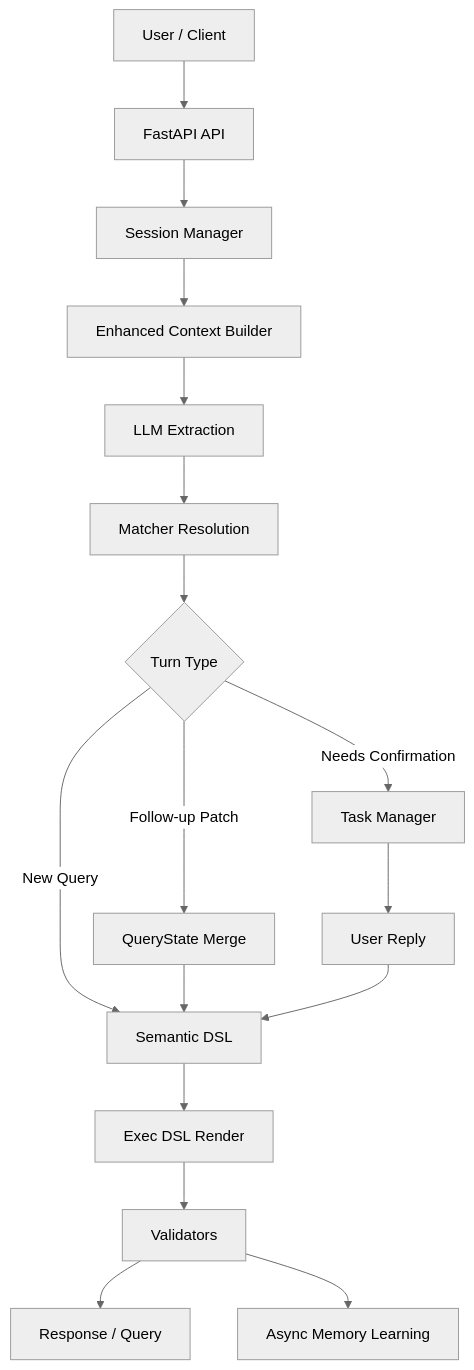
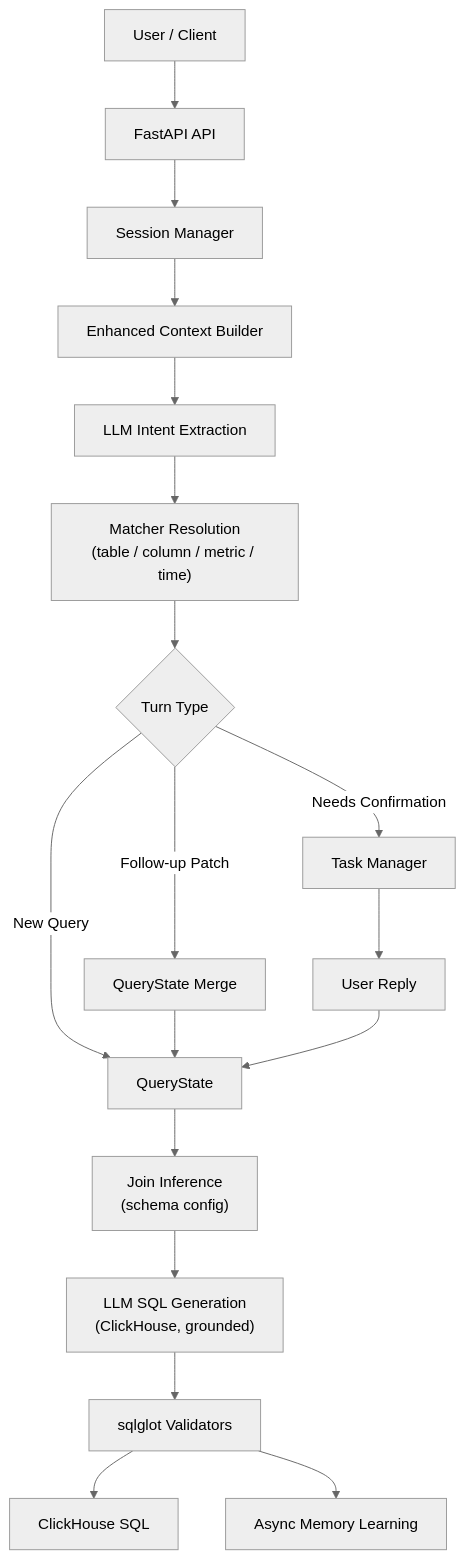
One commit to frankzh0330/query-agent changed the diagram in README.md. Above: the diagram before and after it, drawn with Mermaid (neutral theme). The commit also changed other lines of this file and 82 other files, not shown here.

````diff
--- a/README.md
+++ b/README.md
@@ -201,19 +184,20 @@
 ```mermaid
 flowchart TD
     User["User / Client"] --> API["FastAPI API"]
     API --> Session["Session Manager"]
     Session --> Context["Enhanced Context Builder"]
-    Context --> LLM["LLM Extraction"]
-    LLM --> Match["Matcher Resolution"]
+    Context --> L1["LLM Intent Extraction"]
+    L1 --> Match["Matcher Resolution<br/>(table / column / metric / time)"]
     Match --> Turn{"Turn Type"}
-    Turn -->|New Query| DSL["Semantic DSL"]
+    Turn -->|New Query| State["QueryState"]
     Turn -->|Follow-up Patch| Merge["QueryState Merge"]
-    Merge --> DSL
+    Merge --> State
     Turn -->|Needs Confirmation| Task["Task Manager"]
     Task --> Confirm["User Reply"]
-    Confirm --> DSL
-    DSL --> Render["Exec DSL Render"]
-    Render --> Validate["Validators"]
-    Validate --> Response["Response / Query"]
+    Confirm --> State
+    State --> Join["Join Inference<br/>(schema config)"]
+    Join --> Gen["LLM SQL Generation<br/>(ClickHouse, grounded)"]
+    Gen --> Validate["sqlglot Validators"]
+    Validate --> Response["ClickHouse SQL"]
     Validate --> Memory["Async Memory Learning"]
 ```
````
